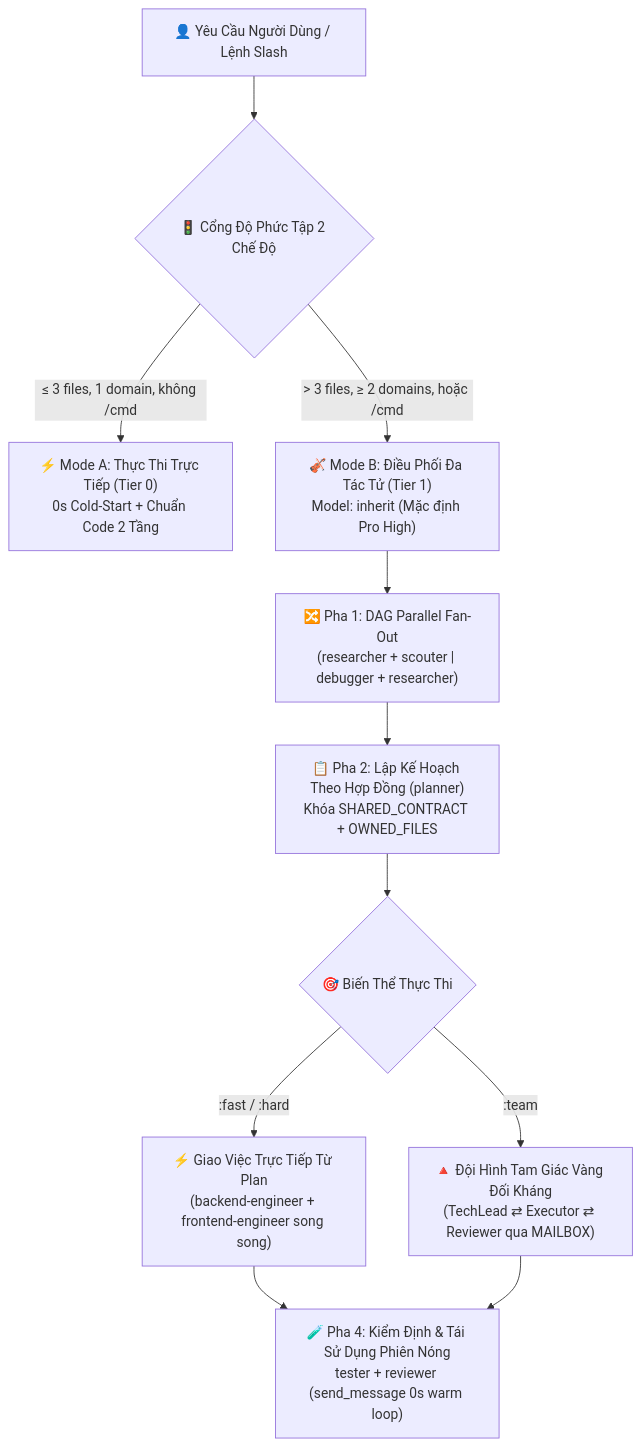
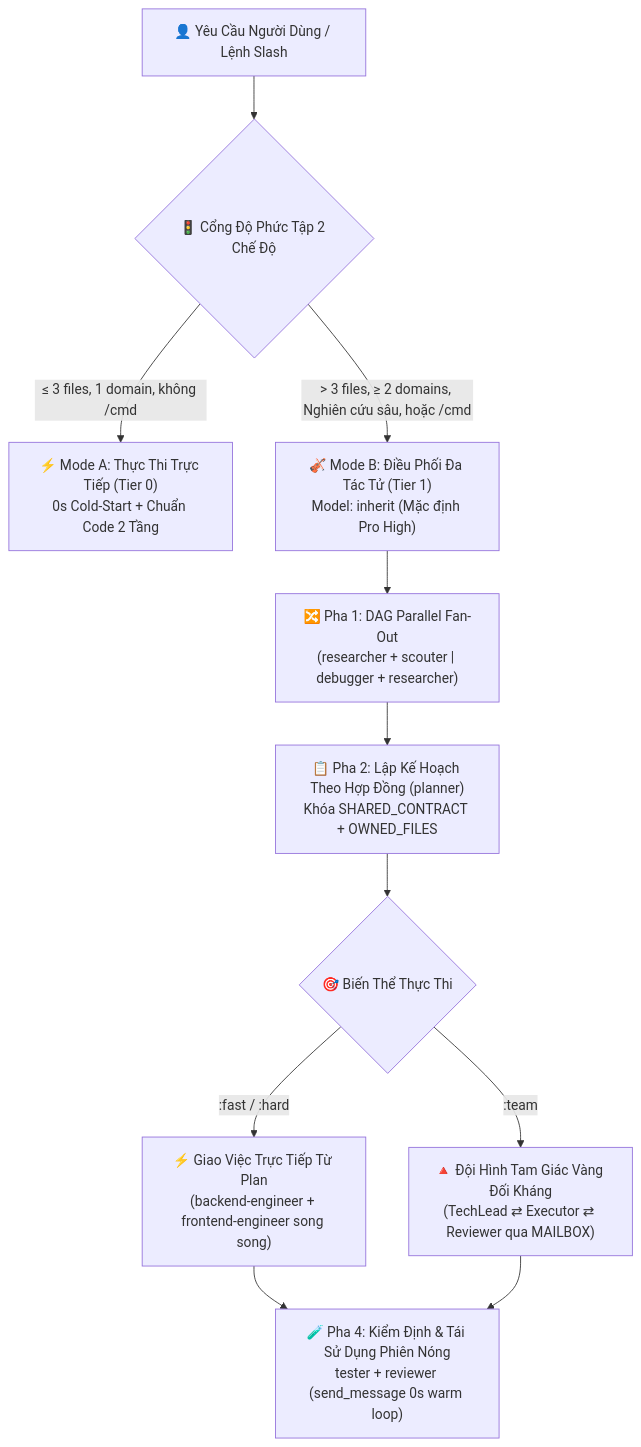
One commit to Kennyboom/BoomOpen-Workflow-Kit changed the diagram in i18n/README.vi.md. Above: the diagram before and after it, drawn with Mermaid. The commit also changed other lines of this file and 18 other files, not shown here.

````diff
--- a/i18n/README.vi.md
+++ b/i18n/README.vi.md
@@ -47,16 +72,16 @@
 ```mermaid
 flowchart TD
     User["👤 Yêu Cầu Người Dùng / Lệnh Slash"] --> Gate{"🚦 Cổng Độ Phức Tập 2 Chế Độ"}
     Gate -->|"≤ 3 files, 1 domain, không /cmd"| ModeA["⚡ Mode A: Thực Thi Trực Tiếp (Tier 0)<br/>0s Cold-Start + Chuẩn Code 2 Tầng"]
-    Gate -->|"> 3 files, ≥ 2 domains, hoặc /cmd"| ModeB["🎻 Mode B: Điều Phối Đa Tác Tử (Tier 1)<br/>Model: inherit (Mặc định Pro High)"]
+    Gate -->|"> 3 files, ≥ 2 domains, Nghiên cứu sâu, hoặc /cmd"| ModeB["🎻 Mode B: Điều Phối Đa Tác Tử (Tier 1)<br/>Model: inherit (Mặc định Pro High)"]
 
     ModeB --> FanOut["🔀 Pha 1: DAG Parallel Fan-Out<br/>(researcher + scouter | debugger + researcher)"]
     FanOut --> Plan["📋 Pha 2: Lập Kế Hoạch Theo Hợp Đồng (planner)<br/>Khóa SHARED_CONTRACT + OWNED_FILES"]
     Plan --> Dispatch{"🎯 Biến Thể Thực Thi"}
 
     Dispatch -->|":fast / :hard"| Direct["⚡ Giao Việc Trực Tiếp Từ Plan<br/>(backend-engineer + frontend-engineer song song)"]
     Dispatch -->|":team"| Triangle["🔺 Đội Hình Tam Giác Vàng Đối Kháng<br/>(TechLead ⇄ Executor ⇄ Reviewer qua MAILBOX)"]
 
     Direct --> Verify["🧪 Pha 4: Kiểm Định & Tái Sử Dụng Phiên Nóng<br/>tester + reviewer (send_message 0s warm loop)"]
     Triangle --> Verify
 ```
````
